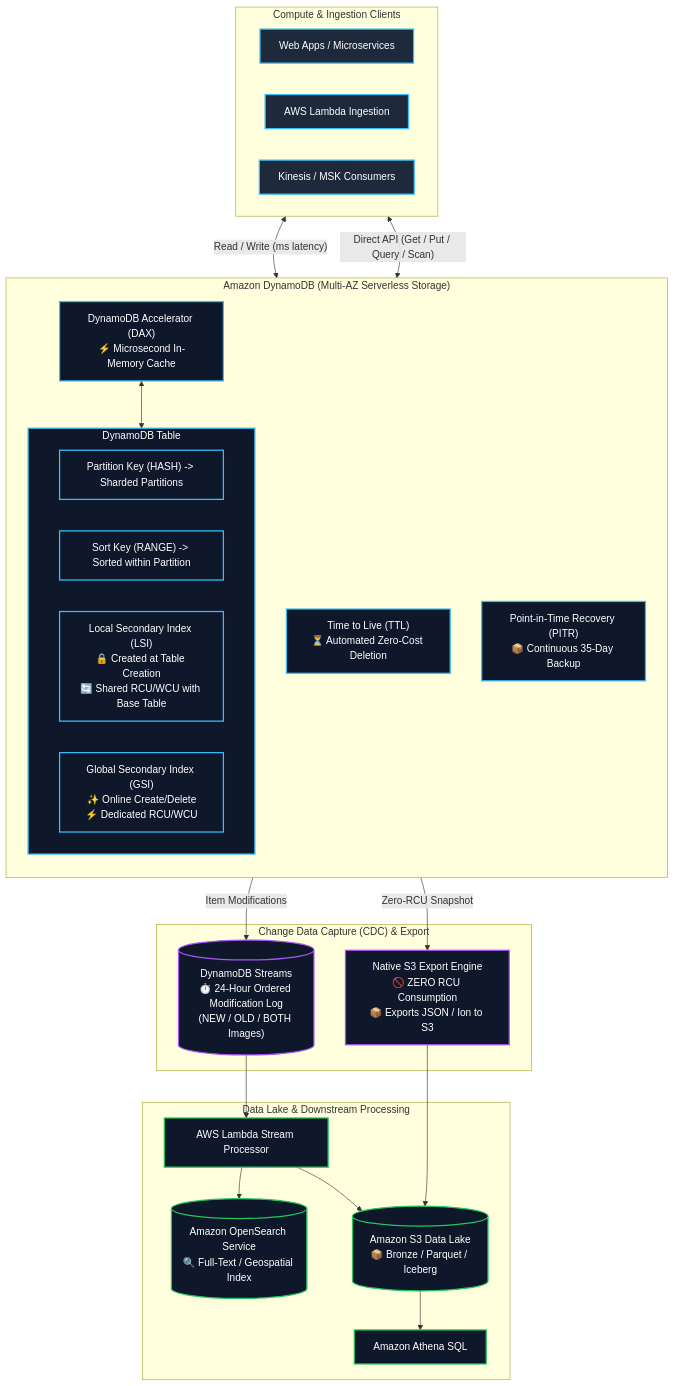
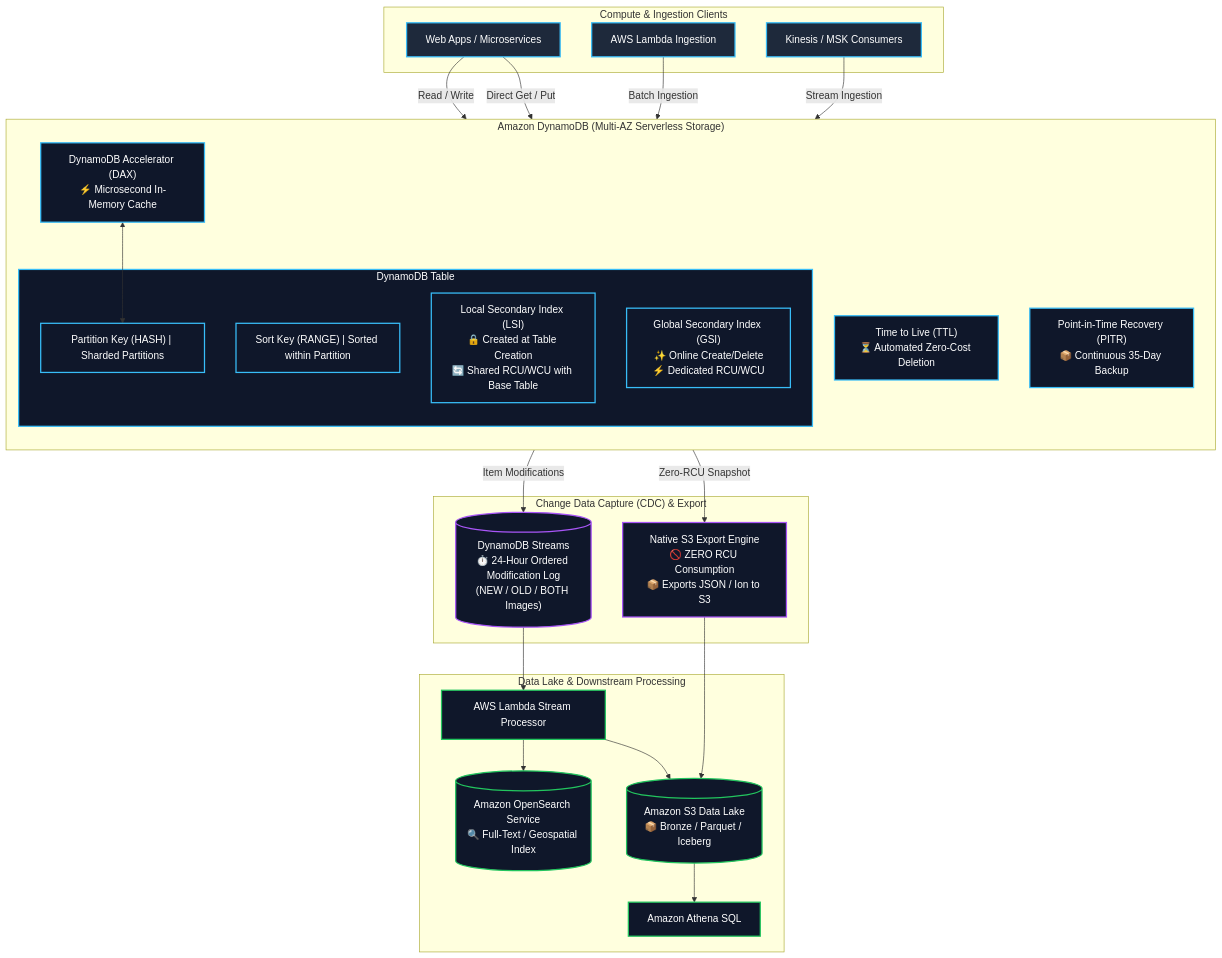
One commit to Wathon/aws-dea-c01-note changed the first of 7 diagrams in content/02-services/database/dynamodb.md. Above: the diagram before and after it, drawn with Mermaid. The commit also changed other lines of this file and 5 other files, not shown here.

Commit message:
fix(mermaid): resolve reserved keyword classDef and subgraph edge endpoint parse errors

````diff
--- a/content/02-services/database/dynamodb.md
+++ b/content/02-services/database/dynamodb.md
@@ -36,59 +36,61 @@
 ```mermaid
 graph TB
     subgraph ClientLayer["Compute & Ingestion Clients"]
         API["Web Apps / Microservices"]
         LambdaProducer["AWS Lambda Ingestion"]
         Streaming["Kinesis / MSK Consumers"]
     end
 
     subgraph DDBCluster["Amazon DynamoDB (Multi-AZ Serverless Storage)"]
         direction TB
         DAX["DynamoDB Accelerator (DAX)<br/>⚡ Microsecond In-Memory Cache"]
         
         subgraph TableStructure["DynamoDB Table"]
-            PK["Partition Key (HASH) -> Sharded Partitions"]
-            SK["Sort Key (RANGE) -> Sorted within Partition"]
+            PK["Partition Key (HASH) | Sharded Partitions"]
+            SK["Sort Key (RANGE) | Sorted within Partition"]
             LSI["Local Secondary Index (LSI)<br/>🔒 Created at Table Creation<br/>🔄 Shared RCU/WCU with Base Table"]
             GSI["Global Secondary Index (GSI)<br/>✨ Online Create/Delete<br/>⚡ Dedicated RCU/WCU"]
         end
         
         TTL["Time to Live (TTL)<br/>⏳ Automated Zero-Cost Deletion"]
         PITR["Point-in-Time Recovery (PITR)<br/>📦 Continuous 35-Day Backup"]
     end
 
     subgraph CDC_Layer["Change Data Capture (CDC) & Export"]
         DDBStreams[("DynamoDB Streams<br/>⏱️ 24-Hour Ordered Modification Log<br/>(NEW / OLD / BOTH Images)")]
         S3Export["Native S3 Export Engine<br/>🚫 ZERO RCU Consumption<br/>📦 Exports JSON / Ion to S3"]
     end
 
     subgraph AnalyticsLake["Data Lake & Downstream Processing"]
         LambdaConsumer["AWS Lambda Stream Processor"]
         OpenSearch[("Amazon OpenSearch Service<br/>🔍 Full-Text / Geospatial Index")]
         S3DataLake[("Amazon S3 Data Lake<br/>📦 Bronze / Parquet / Iceberg")]
         AthenaQuery["Amazon Athena SQL"]
     end
 
-    ClientLayer <-->|"Read / Write (ms latency)"| DAX
-    DAX <--> TableStructure
-    ClientLayer <-->|"Direct API (Get / Put / Query / Scan)"| TableStructure
+    API -->|"Read / Write"| DAX
+    LambdaProducer -->|"Batch Ingestion"| DAX
+    Streaming -->|"Stream Ingestion"| PK
+    DAX <--> PK
+    API -->|"Direct Get / Put"| PK
 
-    TableStructure -->|"Item Modifications"| DDBStreams
-    TableStructure -->|"Zero-RCU Snapshot"| S3Export
+    PK -->|"Item Modifications"| DDBStreams
+    PK -->|"Zero-RCU Snapshot"| S3Export
 
     DDBStreams --> LambdaConsumer
     LambdaConsumer --> OpenSearch
     LambdaConsumer --> S3DataLake
 
     S3Export --> S3DataLake
     S3DataLake --> AthenaQuery
 
     classDef client fill:#1e293b,stroke:#38bdf8,stroke-width:2px,color:#fff;
     classDef ddb fill:#0f172a,stroke:#38bdf8,stroke-width:2px,color:#fff;
     classDef cdc fill:#0f172a,stroke:#a855f7,stroke-width:2px,color:#fff;
     classDef lake fill:#0f172a,stroke:#22c55e,stroke-width:2px,color:#fff;
 
     class API,LambdaProducer,Streaming client;
     class DAX,TableStructure,PK,SK,LSI,GSI,TTL,PITR ddb;
     class DDBStreams,S3Export cdc;
     class LambdaConsumer,OpenSearch,S3DataLake,AthenaQuery lake;
 ```
````
